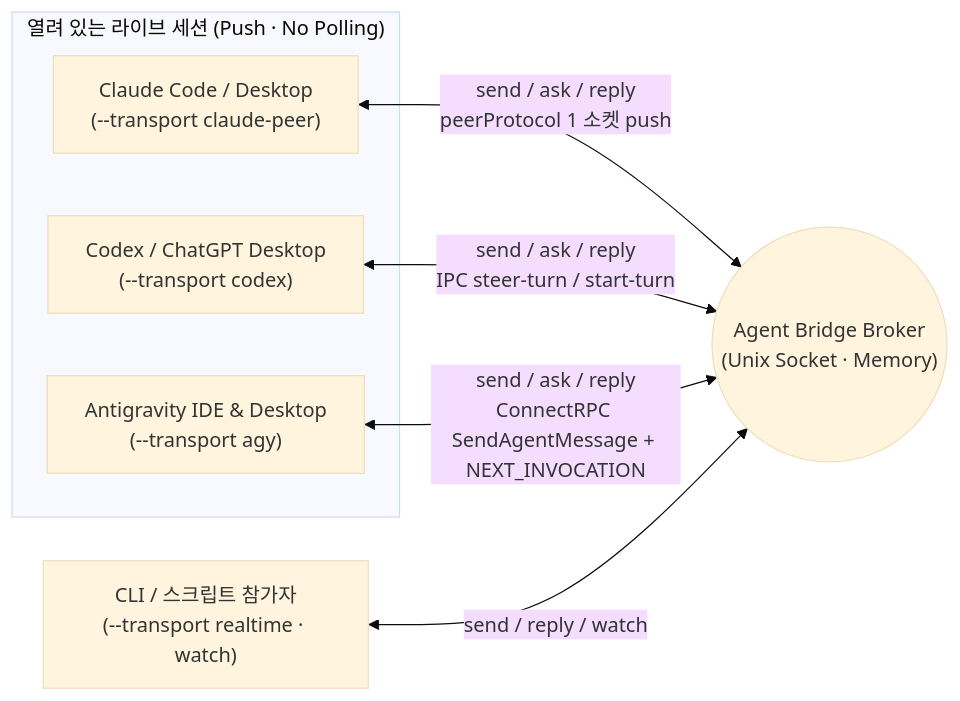
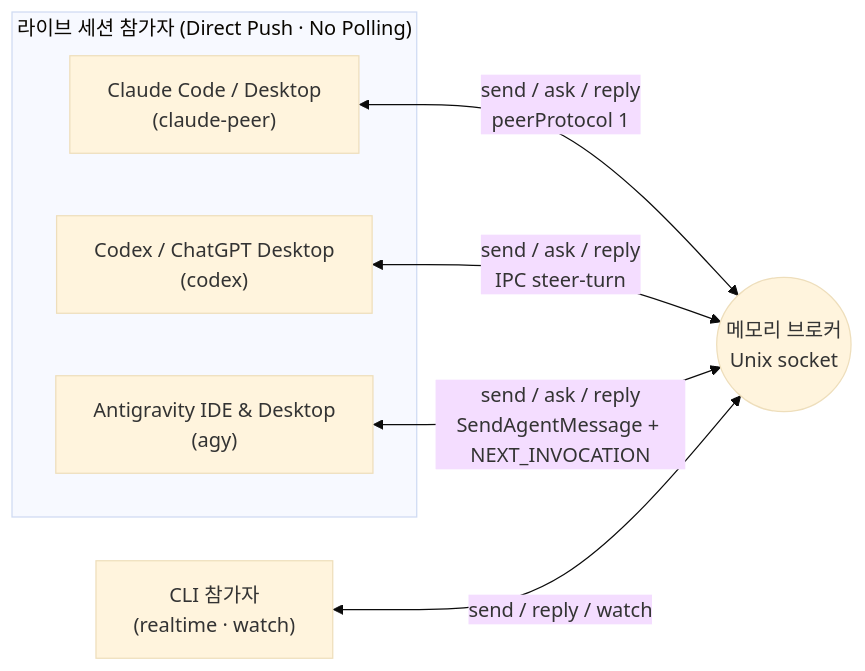
One commit to firejune/AgentBridge changed the diagram in docs/ko/README.md. Above: the diagram before and after it, drawn with Mermaid (base theme). The commit also changed other lines of this file and 5 other files, not shown here.

````diff
--- a/docs/ko/README.md
+++ b/docs/ko/README.md
@@ -18,15 +21,15 @@
 ```mermaid
 flowchart LR
-    subgraph Live["열려 있는 라이브 세션 (Push · No Polling)"]
-        C["Claude Code / Desktop<br/>(--transport claude-peer)"]
-        X["Codex / ChatGPT Desktop<br/>(--transport codex)"]
-        A["Antigravity IDE & Desktop<br/>(--transport agy)"]
+    subgraph Live["라이브 세션 참가자 (Direct Push · No Polling)"]
+        C["Claude Code / Desktop<br/>(claude-peer)"]
+        X["Codex / ChatGPT Desktop<br/>(codex)"]
+        A["Antigravity IDE & Desktop<br/>(agy)"]
     end
-    B(("Agent Bridge Broker<br/>(Unix Socket · Memory)"))
-    R["CLI / 스크립트 참가자<br/>(--transport realtime · watch)"]
+    B(("메모리 브로커<br/>Unix socket"))
+    W["CLI 참가자<br/>(realtime · watch)"]
 
-    C <-->|"send / ask / reply<br/>peerProtocol 1 소켓 push"| B
-    X <-->|"send / ask / reply<br/>IPC steer-turn / start-turn"| B
-    A <-->|"send / ask / reply<br/>ConnectRPC SendAgentMessage + NEXT_INVOCATION"| B
-    R <-->|"send / reply / watch"| B
+    C <-->|"send / ask / reply<br/>peerProtocol 1"| B
+    X <-->|"send / ask / reply<br/>IPC steer-turn"| B
+    A <-->|"send / ask / reply<br/>SendAgentMessage + NEXT_INVOCATION"| B
+    W <-->|"send / reply / watch"| B
 ```
````
